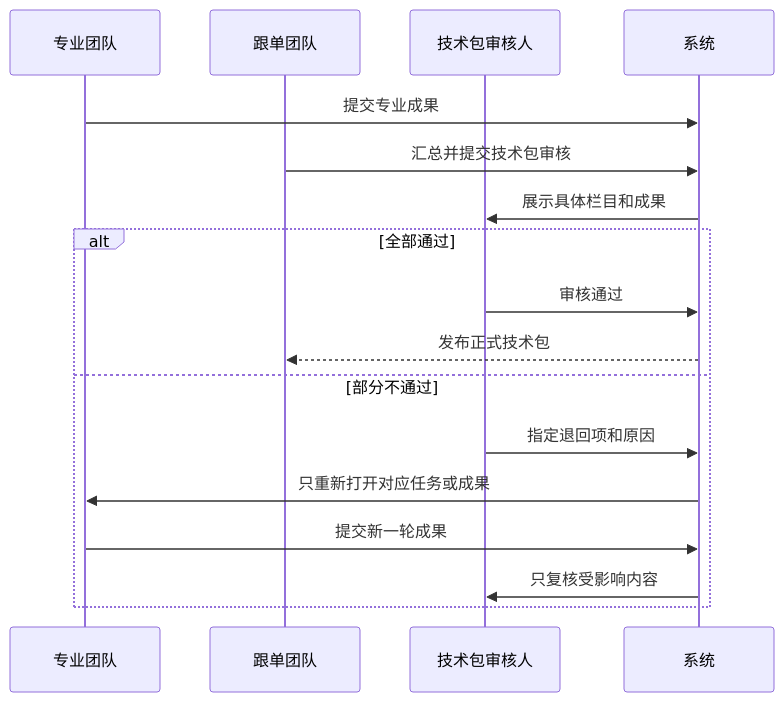
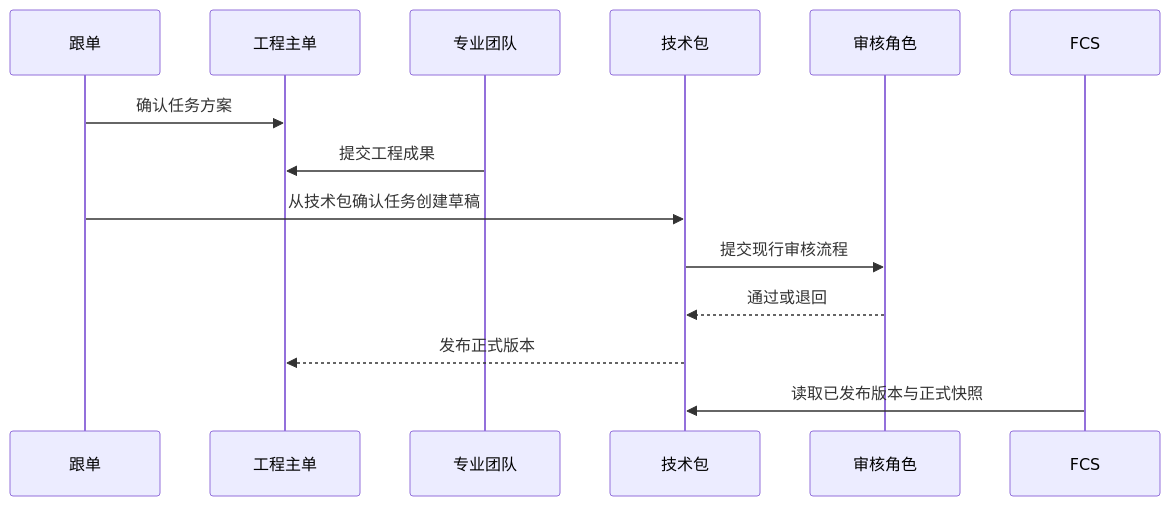
Before and after one commit to laoertongxue/higoods: the fifth of 5 diagrams in docs/product-design/PCS生产工程管理总体设计文档.md, drawn with Mermaid. The commit also changed other lines of this file and 156 other files, not shown here.

````diff
--- a/docs/product-design/PCS生产工程管理总体设计文档.md
+++ b/docs/product-design/PCS生产工程管理总体设计文档.md
@@ -353,19 +217,16 @@
-```mermaid
+~~~mermaid
 sequenceDiagram
-  participant T as 专业团队
-  participant G as 跟单团队
-  participant R as 技术包审核人
-  participant S as 系统
-  T->>S: 提交专业成果
-  G->>S: 汇总并提交技术包审核
-  S->>R: 展示具体栏目和成果
-  alt 全部通过
-    R->>S: 审核通过
-    S-->>G: 发布正式技术包
-  else 部分不通过
-    R->>S: 指定退回项和原因
-    S->>T: 只重新打开对应任务或成果
-    T->>S: 提交新一轮成果
-    S->>R: 只复核受影响内容
-  end
-```
+  participant 跟单
+  participant 工程主单
+  participant 专业团队
+  participant 技术包
+  participant 审核角色
+  participant FCS
+  跟单->>工程主单: 确认任务方案
+  专业团队->>工程主单: 提交工程成果
+  跟单->>技术包: 从技术包确认任务创建草稿
+  技术包->>审核角色: 提交现行审核流程
+  审核角色-->>技术包: 通过或退回
+  技术包-->>工程主单: 发布正式版本
+  FCS->>技术包: 读取已发布版本与正式快照
+~~~
````
